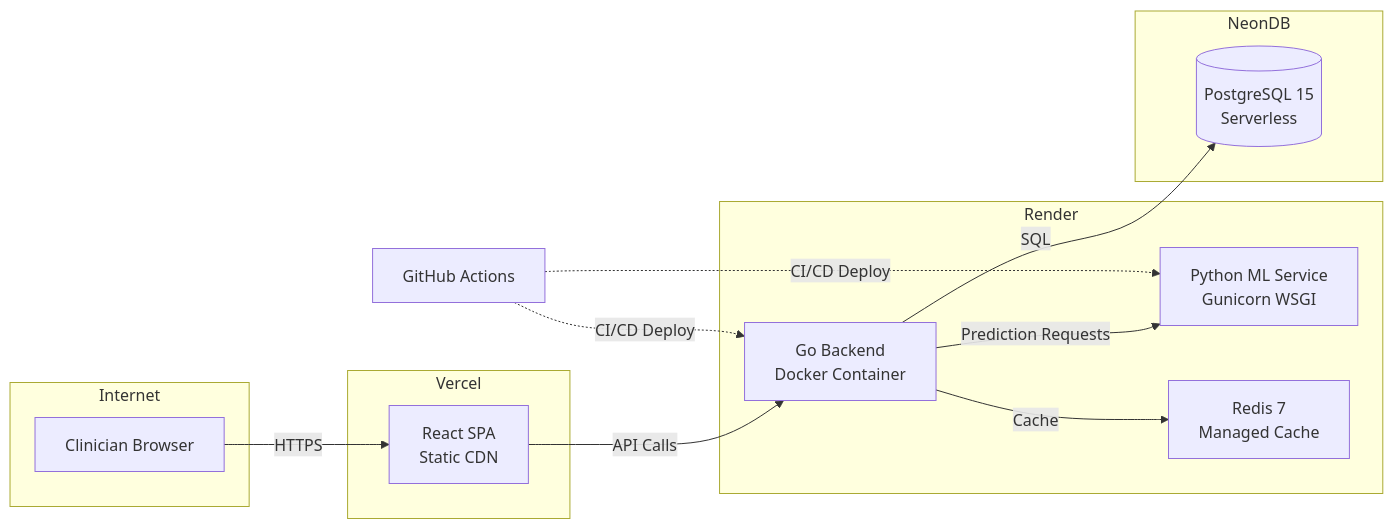
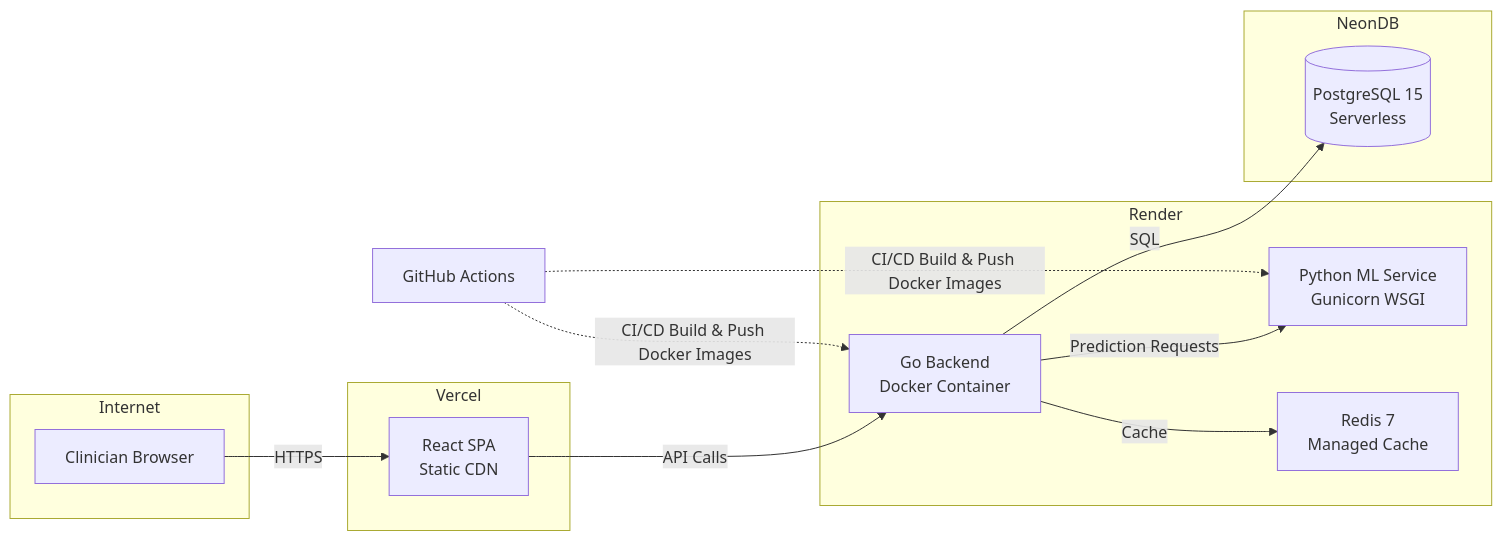
One commit to Skufu/DianaV2 changed the seventh of 7 diagrams in ch3+4.md. Above: the diagram before and after it, drawn with Mermaid. The commit also changed other lines of this file and 111 other files, not shown here.

````diff
--- a/ch3+4.md
+++ b/ch3+4.md
@@ -532,29 +1024,29 @@
 ```mermaid
 graph LR
     subgraph Internet
         A[Clinician Browser]
     end
-    
+
     subgraph Vercel
         B[React SPA<br/>Static CDN]
     end
-    
+
     subgraph Render
         C[Go Backend<br/>Docker Container]
         D[Python ML Service<br/>Gunicorn WSGI]
         E[Redis 7<br/>Managed Cache]
     end
-    
+
     subgraph NeonDB
         F[(PostgreSQL 15<br/>Serverless)]
     end
-    
+
     A -->|HTTPS| B
     B -->|API Calls| C
     C -->|Prediction Requests| D
     C -->|SQL| F
     C -->|Cache| E
-    
-    G[GitHub Actions] -.->|CI/CD Deploy| C
-    G -.->|CI/CD Deploy| D
+
+    G[GitHub Actions] -.->|CI/CD Build & Push Docker Images| C
+    G -.->|CI/CD Build & Push Docker Images| D
 ```
````
